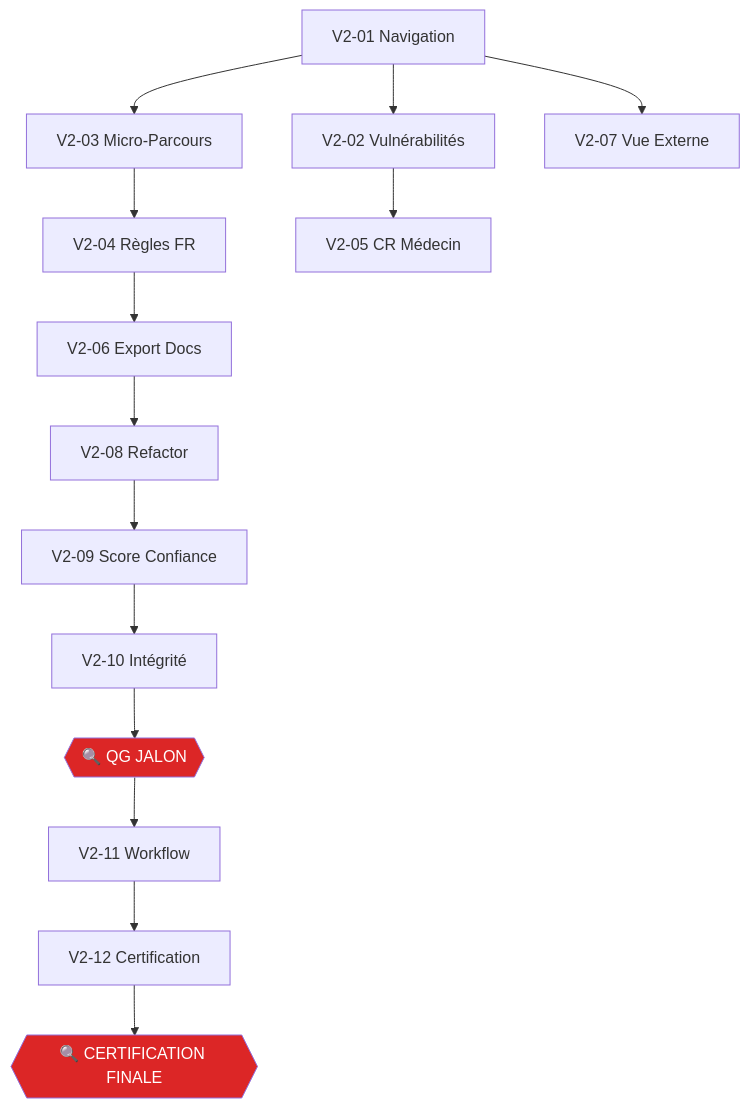
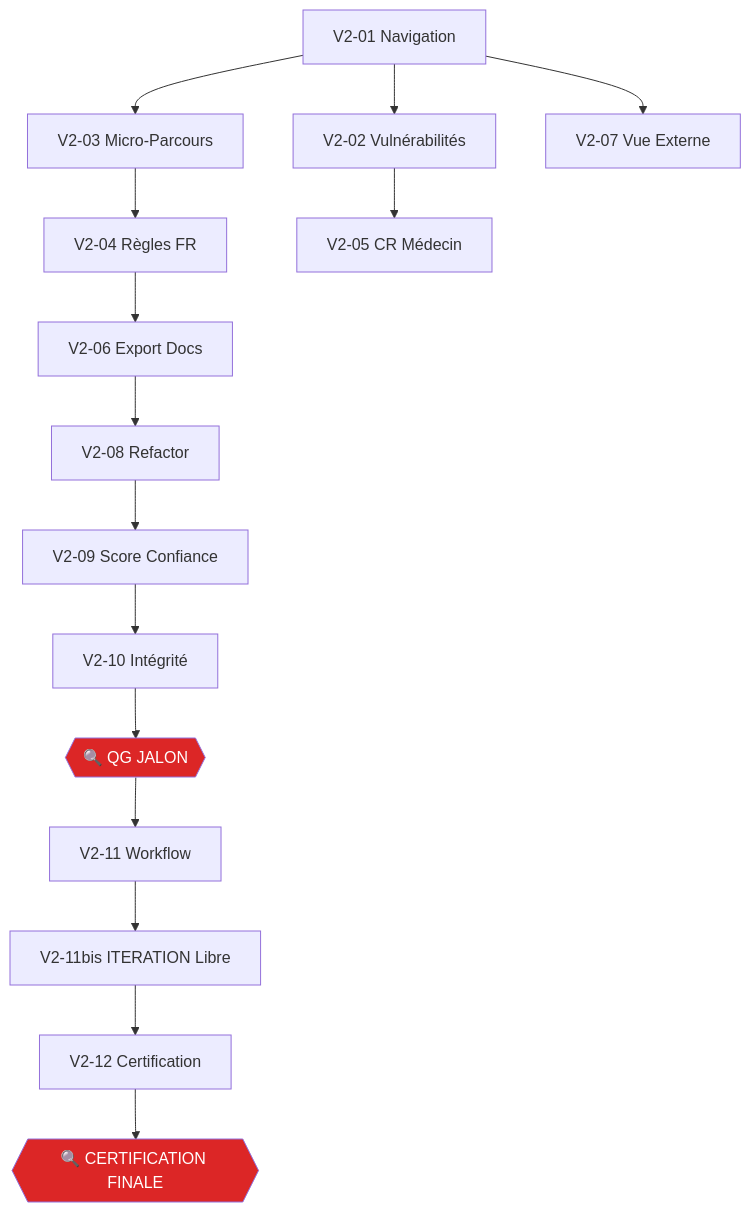
The diagram in FINAL/docs/SPRINT_V2.md (ProCall75/monka), drawn with Mermaid before and after one commit. The commit also changed other lines of this file, not shown here.

Commit message:
docs(sprint-v2): add E2E web agent tests to V2-10 and ITERATION free block V2-11bis

````diff
--- a/FINAL/docs/SPRINT_V2.md
+++ b/FINAL/docs/SPRINT_V2.md
@@ -1011,19 +1039,20 @@
 ```mermaid
 graph TD
     V201[V2-01 Navigation] --> V202[V2-02 Vulnérabilités]
     V201 --> V203[V2-03 Micro-Parcours]
     V203 --> V204[V2-04 Règles FR]
     V202 --> V205[V2-05 CR Médecin]
     V204 --> V206[V2-06 Export Docs]
     V201 --> V207[V2-07 Vue Externe]
     V206 --> V208[V2-08 Refactor]
     V208 --> V209[V2-09 Score Confiance]
     V209 --> V210[V2-10 Intégrité]
     V210 --> QG{{"🔍 QG JALON"}}
     QG --> V211[V2-11 Workflow]
-    V211 --> V212[V2-12 Certification]
+    V211 --> V211b[V2-11bis ITERATION Libre]
+    V211b --> V212[V2-12 Certification]
     V212 --> FINAL{{"🔍 CERTIFICATION FINALE"}}
 
     style QG fill:#DC2626,color:#fff
     style FINAL fill:#DC2626,color:#fff
 ```
````
